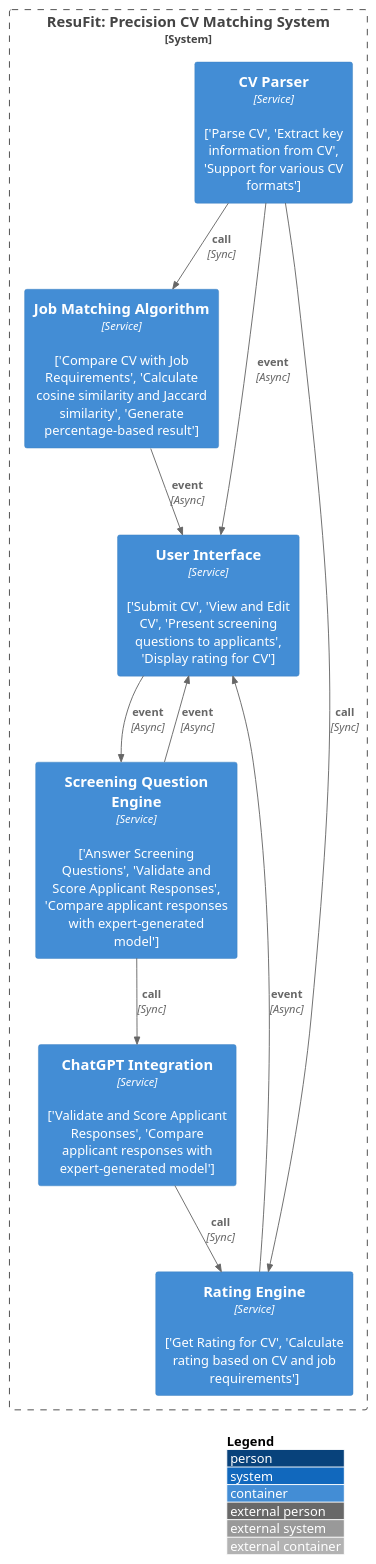
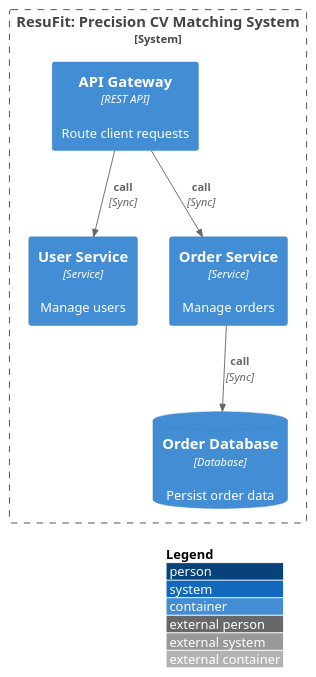
Before and after one commit to hanaAbdelwahab/GPARCHIMIND: the diagram in data/outputs/architecture_c4.puml, drawn with PlantUML. The commit also changed 30 other files, not shown here.

```diff
--- a/data/outputs/architecture_c4.puml
+++ b/data/outputs/architecture_c4.puml
@@ -1,21 +1,13 @@
 @startuml
 !include https://raw.githubusercontent.com/plantuml-stdlib/C4-PlantUML/master/C4_Container.puml
 LAYOUT_WITH_LEGEND()
 System_Boundary(ResuFitPrecisionCVMatchingSystem, "ResuFit: Precision CV Matching System") {
-  Container(CVParser, "CV Parser", "Service", "['Parse CV', 'Extract key information from CV', 'Support for various CV formats']")
-  Container(ScreeningQuestionEngine, "Screening Question Engine", "Service", "['Answer Screening Questions', 'Validate and Score Applicant Responses', 'Compare applicant responses with expert-generated model']")
-  Container(JobMatchingAlgorithm, "Job Matching Algorithm", "Service", "['Compare CV with Job Requirements', 'Calculate cosine similarity and Jaccard similarity', 'Generate percentage-based result']")
-  Container(UserInterface, "User Interface", "Service", "['Submit CV', 'View and Edit CV', 'Present screening questions to applicants', 'Display rating for CV']")
-  Container(RatingEngine, "Rating Engine", "Service", "['Get Rating for CV', 'Calculate rating based on CV and job requirements']")
-  Container(ChatGPTIntegration, "ChatGPT Integration", "Service", "['Validate and Score Applicant Responses', 'Compare applicant responses with expert-generated model']")
+  Container(APIGateway, "API Gateway", "REST API", "Route client requests")
+  Container(UserService, "User Service", "Service", "Manage users")
+  Container(OrderService, "Order Service", "Service", "Manage orders")
+  ContainerDb(OrderDatabase, "Order Database", "Database", "Persist order data")
 }
-Rel(CVParser, JobMatchingAlgorithm, "call", "Sync")
-Rel(CVParser, RatingEngine, "call", "Sync")
-Rel(CVParser, UserInterface, "event", "Async")
-Rel(ScreeningQuestionEngine, UserInterface, "event", "Async")
-Rel(JobMatchingAlgorithm, UserInterface, "event", "Async")
-Rel(RatingEngine, UserInterface, "event", "Async")
-Rel(UserInterface, ScreeningQuestionEngine, "event", "Async")
-Rel(ScreeningQuestionEngine, ChatGPTIntegration, "call", "Sync")
-Rel(ChatGPTIntegration, RatingEngine, "call", "Sync")
+Rel(APIGateway, UserService, "call", "Sync")
+Rel(APIGateway, OrderService, "call", "Sync")
+Rel(OrderService, OrderDatabase, "call", "Sync")
 @enduml
```
